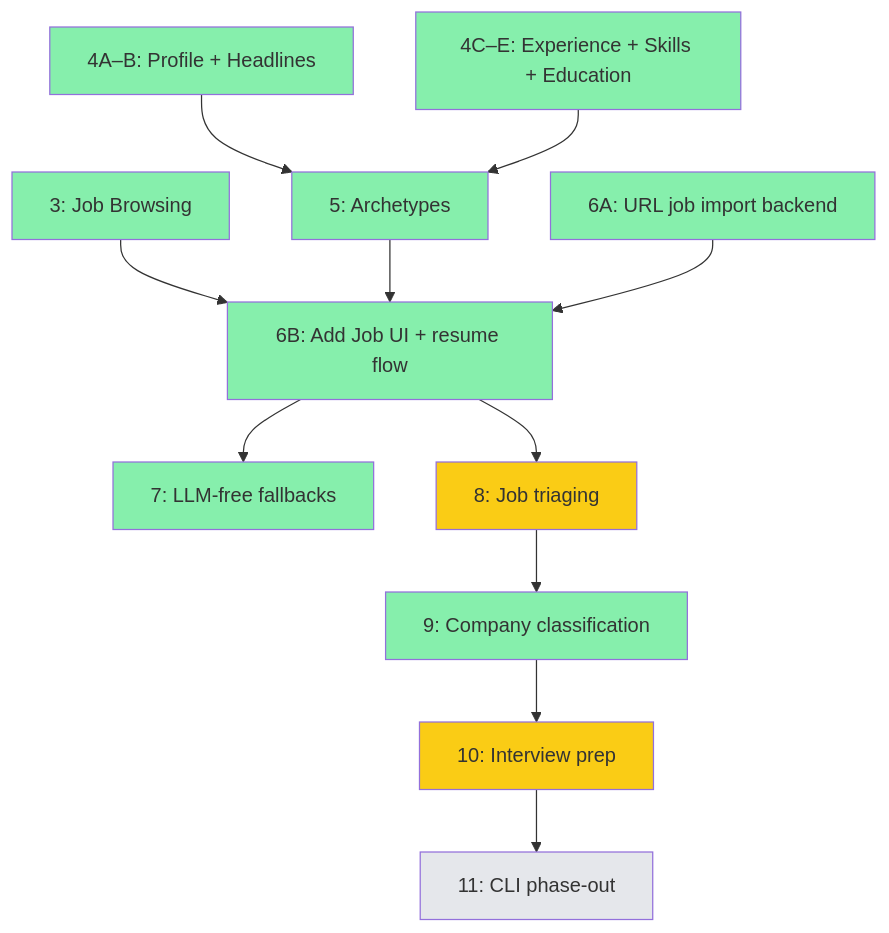
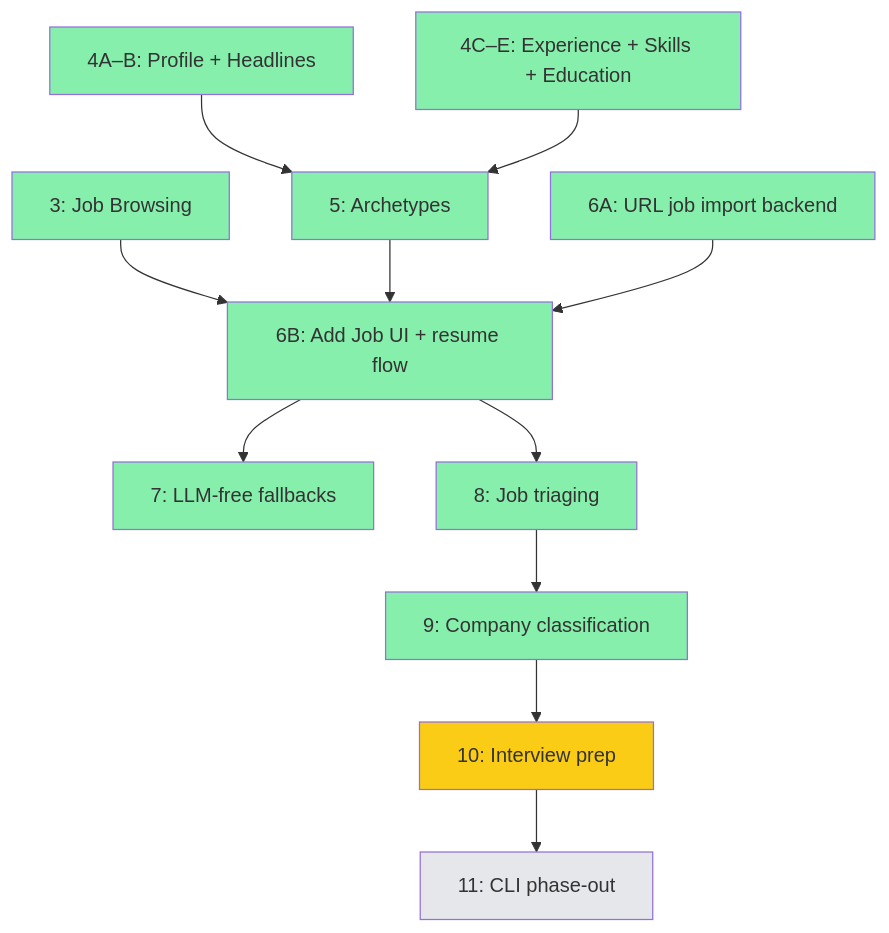
Before and after one commit to bluebird-labs/TailoredIn: the diagram in GOALS.md, drawn with Mermaid. The commit also changed other lines of this file and 3 other files, not shown here.

````diff
--- a/GOALS.md
+++ b/GOALS.md
@@ -74,25 +74,25 @@
 ```mermaid
 graph TD
     M3["3: Job Browsing"] --> M6B["6B: Add Job UI + resume flow"]
     M4AB["4A–B: Profile + Headlines"] --> M5["5: Archetypes"]
     M4CDE["4C–E: Experience + Skills + Education"] --> M5
     M5 --> M6B
     M6A["6A: URL job import backend"] --> M6B
     M6B --> M7["7: LLM-free fallbacks"]
     M6B --> M8["8: Job triaging"]
     M8 --> M9["9: Company classification"]
     M9 --> M10["10: Interview prep"]
     M10 --> M11["11: CLI phase-out"]
 
     style M3 fill:#86efac
     style M4AB fill:#86efac
     style M4CDE fill:#86efac
     style M5 fill:#86efac
     style M6A fill:#86efac
     style M6B fill:#86efac
     style M7 fill:#86efac
-    style M8 fill:#facc15
+    style M8 fill:#86efac
     style M9 fill:#86efac
     style M10 fill:#facc15
     style M11 fill:#e5e7eb
 ```
````
